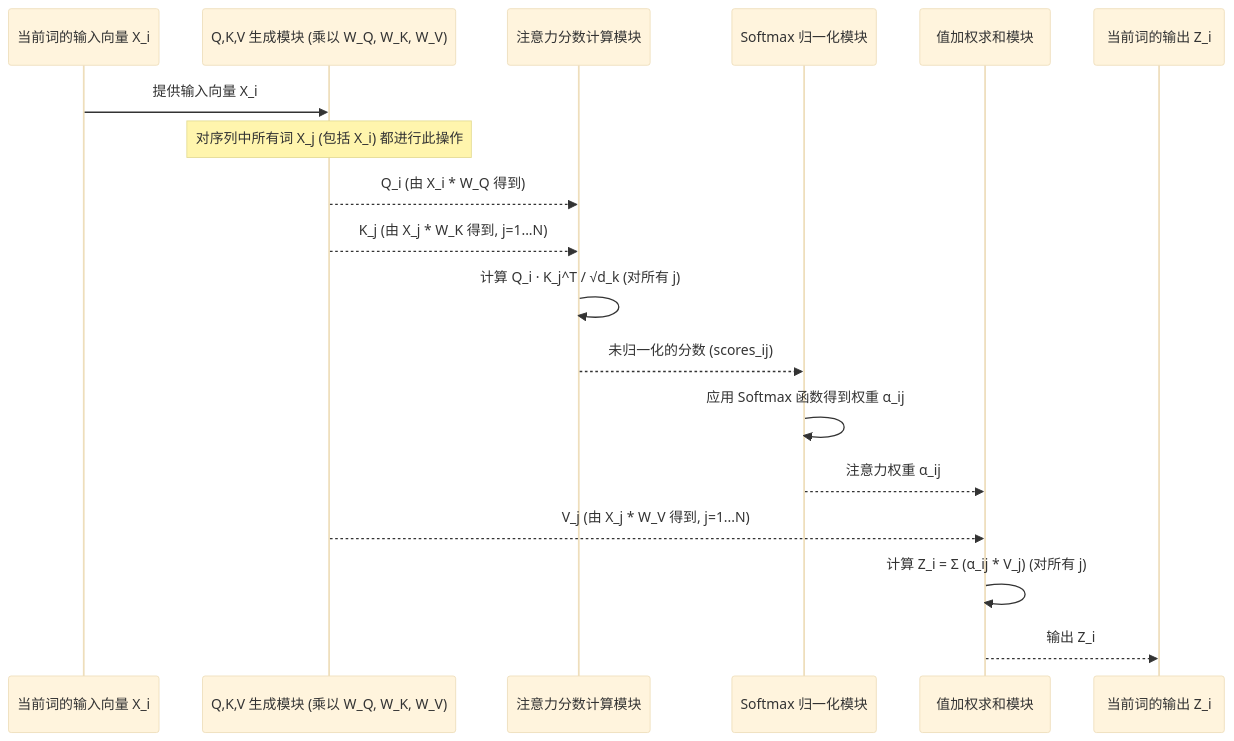
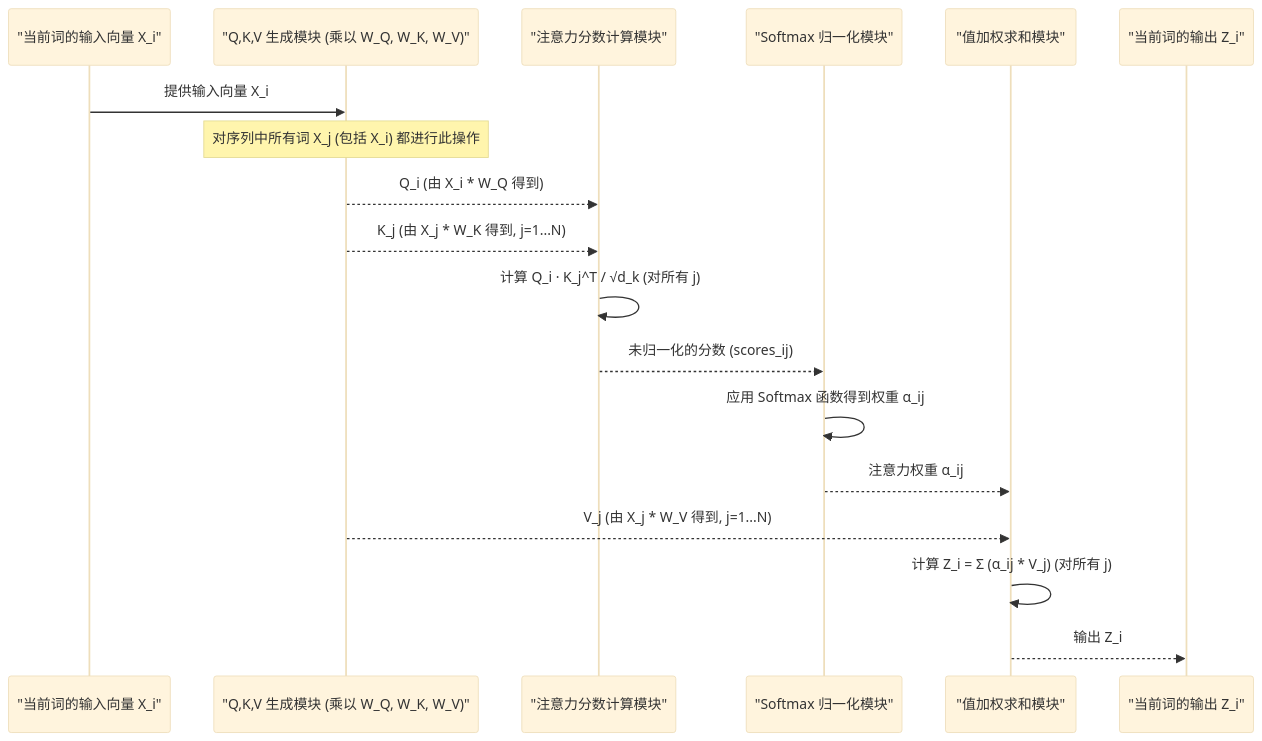
One commit to jueshi/PocketFlow-Tutorial-Codebase-Knowledge changed the fourth of 4 diagrams in output/Attention_Is_All_You_Need/05_自注意力机制_.md. Above: the diagram before and after it, drawn with Mermaid (base theme). The commit also changed other lines of this file and 282 other files, not shown here.

````diff
--- a/output/Attention_Is_All_You_Need/05_自注意力机制_.md
+++ b/output/Attention_Is_All_You_Need/05_自注意力机制_.md
@@ -160,21 +160,21 @@
 ```mermaid
 sequenceDiagram
-    participant Input_Xi as 当前词的输入向量 X_i
-    participant QKV_Gen as Q,K,V 生成模块 (乘以 W_Q, W_K, W_V)
-    participant Score_Calc as 注意力分数计算模块
-    participant Softmax_Norm as Softmax 归一化模块
-    participant Weighted_Sum as 值加权求和模块
-    participant Output_Zi as 当前词的输出 Z_i
+    participant Input_Xi as "当前词的输入向量 X_i"
+    participant QKV_Gen as "Q,K,V 生成模块 (乘以 W_Q, W_K, W_V)"
+    participant Score_Calc as "注意力分数计算模块"
+    participant Softmax_Norm as "Softmax 归一化模块"
+    participant Weighted_Sum as "值加权求和模块"
+    participant Output_Zi as "当前词的输出 Z_i"
 
     Input_Xi ->> QKV_Gen: 提供输入向量 X_i
     Note over QKV_Gen: 对序列中所有词 X_j (包括 X_i) 都进行此操作
     QKV_Gen -->> Score_Calc: Q_i (由 X_i * W_Q 得到)
     QKV_Gen -->> Score_Calc: K_j (由 X_j * W_K 得到, j=1...N)
     Score_Calc ->> Score_Calc: 计算 Q_i · K_j^T / √d_k (对所有 j)
     Score_Calc -->> Softmax_Norm: 未归一化的分数 (scores_ij)
     Softmax_Norm ->> Softmax_Norm: 应用 Softmax 函数得到权重 α_ij
     Softmax_Norm -->> Weighted_Sum: 注意力权重 α_ij
     QKV_Gen -->> Weighted_Sum: V_j (由 X_j * W_V 得到, j=1...N)
     Weighted_Sum ->> Weighted_Sum: 计算 Z_i = Σ (α_ij * V_j) (对所有 j)
     Weighted_Sum -->> Output_Zi: 输出 Z_i
 ```
````
